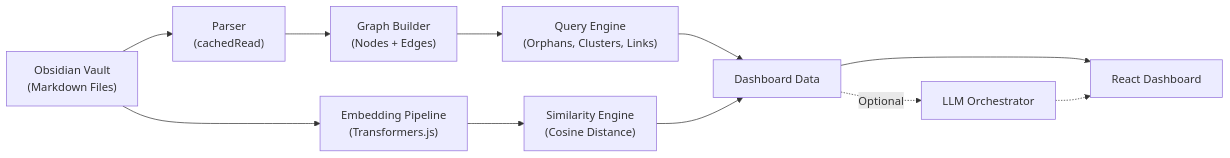
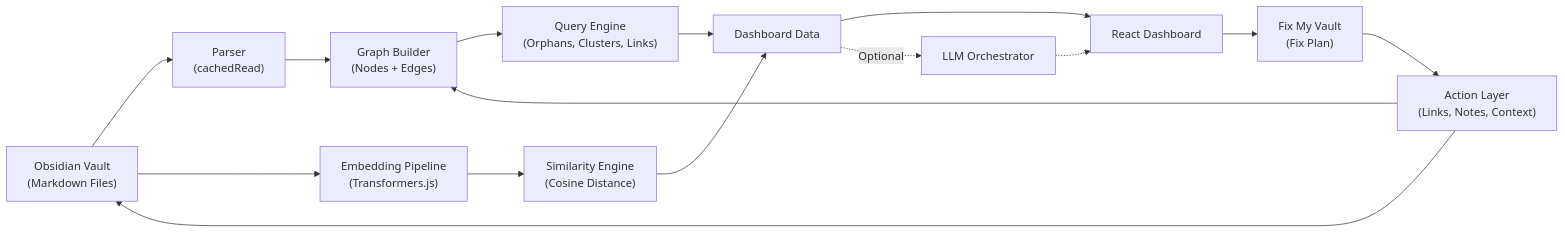
One commit to Rajveerx11/obsidian-graph-intelligence changed the third of 3 diagrams in README.md. Above: the diagram before and after it, drawn with Mermaid. The commit also changed other lines of this file and 1 other file, not shown here.

Commit message:
feat: enhance documentation with Fix My Vault and Apply All features, detailing architecture and repair processes

````diff
--- a/README.md
+++ b/README.md
@@ -281,15 +318,19 @@
 ```mermaid
 graph LR
     A["Obsidian Vault<br/>(Markdown Files)"] --> B["Parser<br/>(cachedRead)"]
     B --> C["Graph Builder<br/>(Nodes + Edges)"]
     C --> D["Query Engine<br/>(Orphans, Clusters, Links)"]
     D --> E["Dashboard Data"]
     
     A --> F["Embedding Pipeline<br/>(Transformers.js)"]
     F --> G["Similarity Engine<br/>(Cosine Distance)"]
     G --> E
     
     E --> H["React Dashboard"]
+    H --> J["Fix My Vault<br/>(Fix Plan)"]
+    J --> K["Action Layer<br/>(Links, Notes, Context)"]
+    K --> A
+    K --> C
     E -.->|"Optional"| I["LLM Orchestrator"]
     I -.-> H
 ```
````
